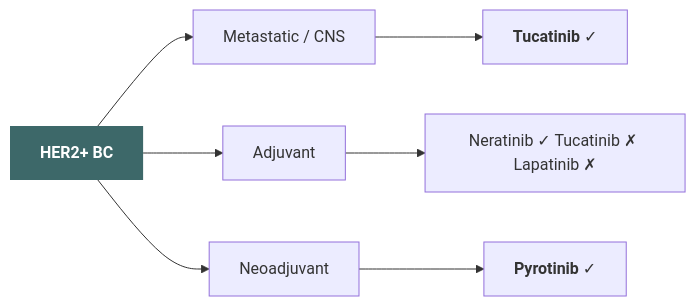
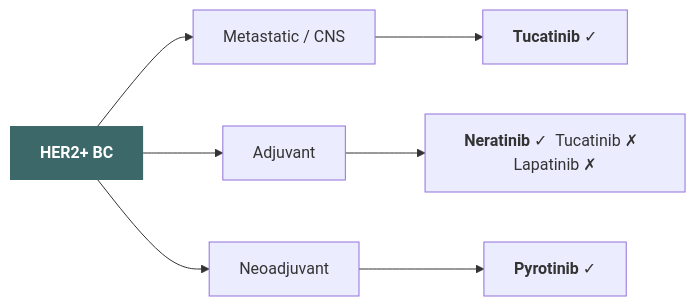
One commit to htlin222/adj-HER2-pos-breast-cancer changed the eighth of 13 diagrams in slides.md. Above: the diagram before and after it, drawn with Mermaid. The commit also changed other lines of this file and 6 other files, not shown here.

````diff
--- a/slides.md
+++ b/slides.md
@@ -777,10 +749,10 @@
 ```mermaid
 graph LR
     A["<b>HER2+ BC</b>"] --> B["Metastatic / CNS"]
     A --> C["Adjuvant"]
     A --> D["Neoadjuvant"]
     B --> E["<b>Tucatinib</b> ✓"]
-    C --> F["Neratinib ✓ Tucatinib ✗ Lapatinib ✗"]
+    C --> F["<b>Neratinib</b> ✓  Tucatinib ✗  Lapatinib ✗"]
     D --> G["<b>Pyrotinib</b> ✓"]
     style A fill:#3d6869,color:#fff,stroke:none
 ```
````
